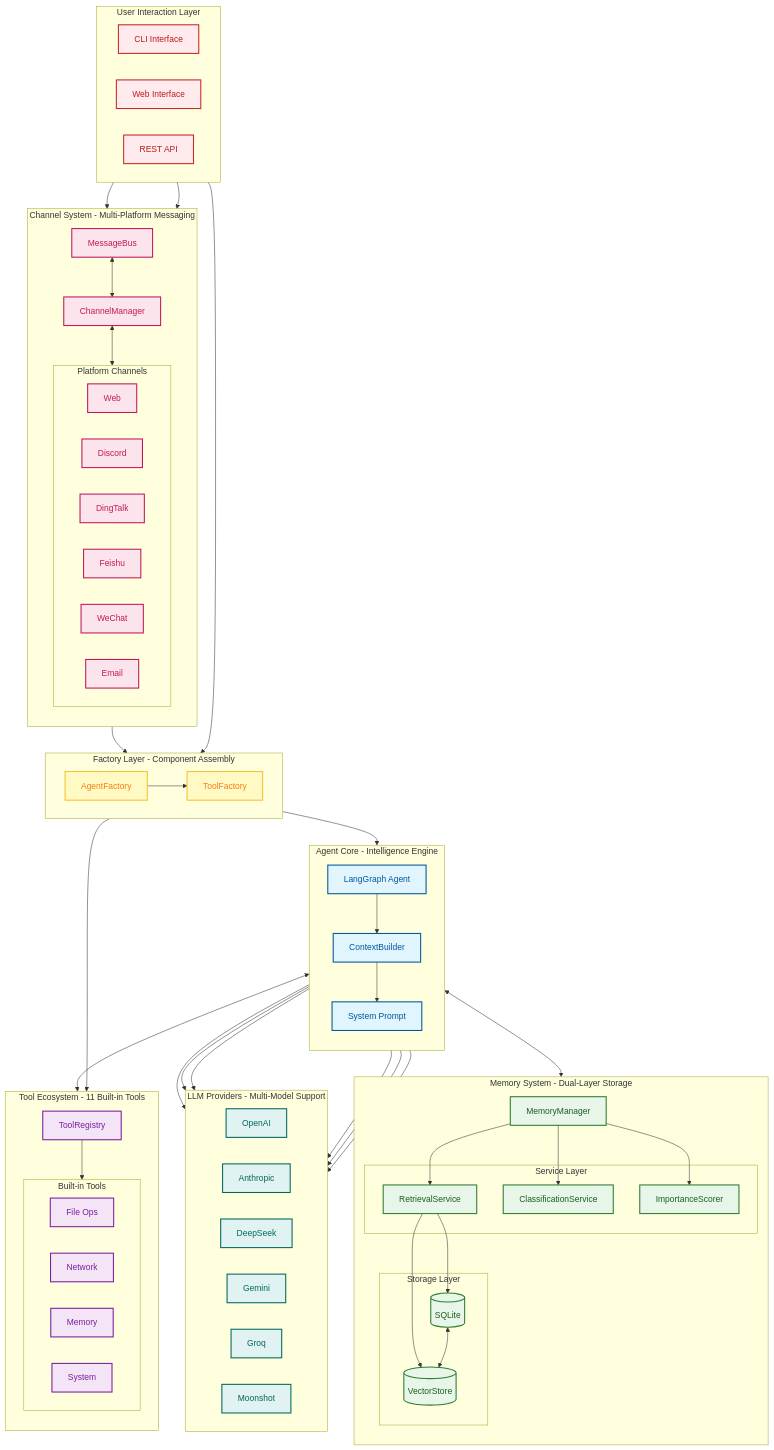
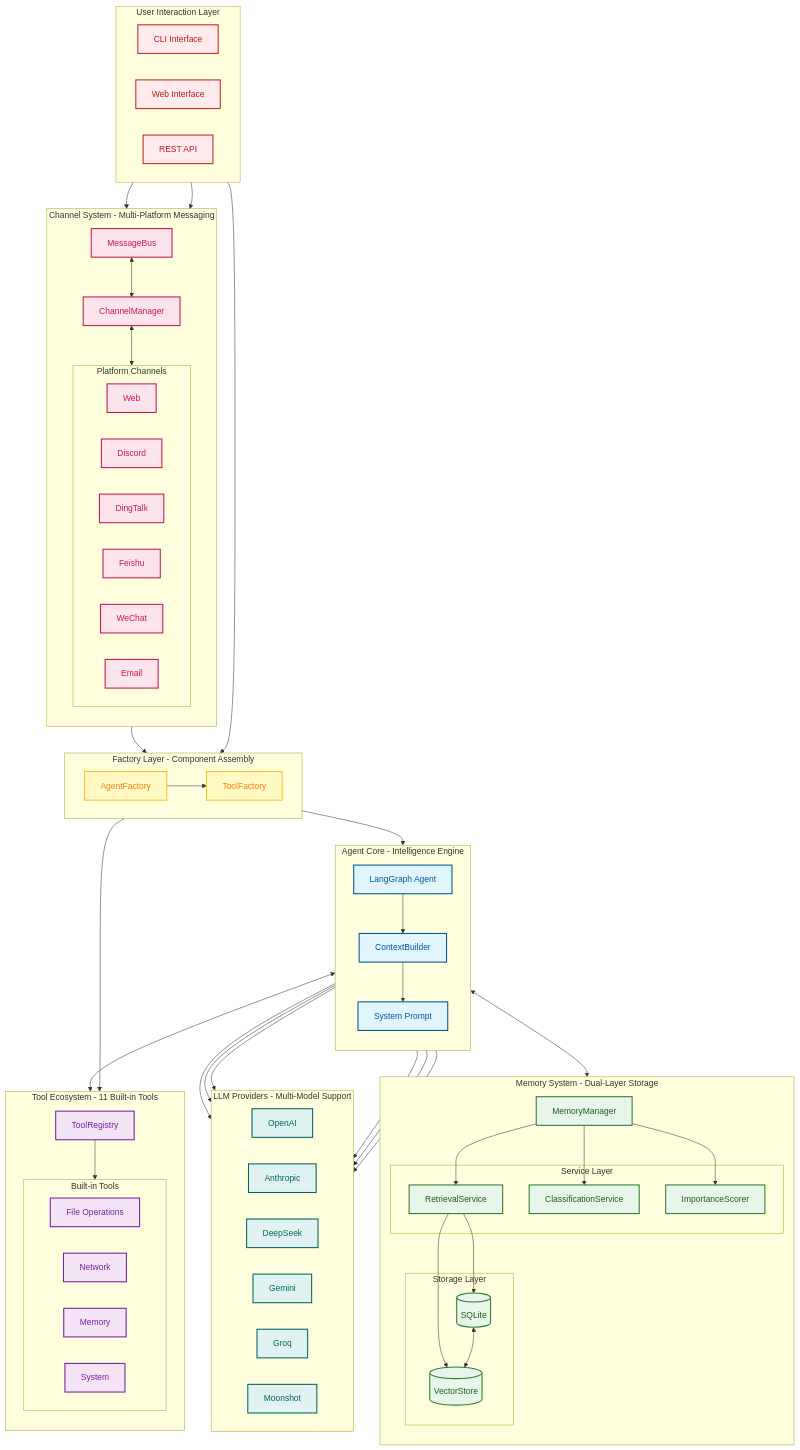
The second of 6 diagrams in docs/en-US/blog/finchbot-flexible-ai-agent-framework.md (xt765/FinchBot), drawn with Mermaid before and after one commit. The commit also changed other lines of this file and 1 other file, not shown here.

````diff
--- a/docs/en-US/blog/finchbot-flexible-ai-agent-framework.md
+++ b/docs/en-US/blog/finchbot-flexible-ai-agent-framework.md
@@ -149,6 +152,5 @@
 ```mermaid
 graph TD
-    %% Style Definitions
     classDef userLayer fill:#ffebee,stroke:#c62828,stroke-width:2px,color:#b71c1c;
     classDef factoryLayer fill:#fff9c4,stroke:#fbc02d,stroke-width:2px,color:#f57f17;
     classDef coreLayer fill:#e1f5fe,stroke:#01579b,stroke-width:2px,color:#01579b;
@@ -157,23 +159,21 @@
     classDef channelLayer fill:#fce4ec,stroke:#c2185b,stroke-width:2px,color:#c2185b;
     classDef infraLayer fill:#e0f2f1,stroke:#00695c,stroke-width:2px,color:#00695c;
 
-    %% User Interaction Layer
     subgraph UserLayer [User Interaction Layer]
         direction LR
-        CLI[ CLI Interface]
-        WebUI[ Web Interface]
-        API[ REST API]
+        CLI[CLI Interface]
+        WebUI[Web Interface]
+        API[REST API]
     end
     class CLI,WebUI,API userLayer
 
-    %% Channel System
     subgraph ChannelSystem [Channel System - Multi-Platform Messaging]
         direction TB
-        Bus[ MessageBus]
-        CM[ ChannelManager]
-        
+        Bus[MessageBus]
+        CM[ChannelManager]
+
         Bus <--> CM
-        
+
         subgraph Channels [Platform Channels]
             WebCh[Web]
             DiscordCh[Discord]
@@ -182,71 +182,66 @@
             WeChatCh[WeChat]
             EmailCh[Email]
         end
-        
+
         CM <--> Channels
     end
     class Bus,CM channelLayer
     class WebCh,DiscordCh,DingTalkCh,FeishuCh,WeChatCh,EmailCh channelLayer
 
-    %% Factory Layer
     subgraph FactoryLayer [Factory Layer - Component Assembly]
         direction LR
-        AF[ AgentFactory]
-        TF[ ToolFactory]
+        AF[AgentFactory]
+        TF[ToolFactory]
     end
     class AF,TF factoryLayer
 
-    %% Agent Core
     subgraph AgentCore [Agent Core - Intelligence Engine]
         direction TB
-        Agent[ LangGraph Agent]
-        CB[ ContextBuilder]
-        SP[ System Prompt]
-        
+        Agent[LangGraph Agent]
+        CB[ContextBuilder]
+        SP[System Prompt]
+
         Agent --> CB
         CB --> SP
     end
     class Agent,CB,SP coreLayer
 
-    %% Memory System
     subgraph MemorySystem [Memory System - Dual-Layer Storage]
         direction TB
-        MM[ MemoryManager]
-        
+        MM[MemoryManager]
+
         subgraph Services [Service Layer]
-            RS[ RetrievalService]
-            CS[ ClassificationService]
-            IS[ ImportanceScorer]
+            RS[RetrievalService]
+            CS[ClassificationService]
+            IS[ImportanceScorer]
         end
-        
+
         subgraph Storage [Storage Layer]
-            SQLite[( SQLite)]
-            Vector[( VectorStore)]
+            SQLite[(SQLite)]
+            Vector[(VectorStore)]
         end
-        
+
         MM --> RS & CS & IS
         RS --> SQLite & Vector
         SQLite <--> Vector
     end
     class MM,RS,CS,IS,SQLite,Vector memoryLayer
 
-    %% Tool Ecosystem
     subgraph ToolEcosystem [Tool Ecosystem - 11 Built-in Tools]
         direction TB
-        TR[ ToolRegistry]
-        
+        TR[ToolRegistry]
+
         subgraph BuiltInTools [Built-in Tools]
-            FileTools[ File Ops]
-            WebTools[ Network]
-            MemTools[ Memory]
-            SysTools[ System]
+            FileTools[File Operations]
+            WebTools[Network]
+            MemTools[Memory]
+            SysTools[System]
         end
-        
+
         TR --> BuiltInTools
     end
     class TR,FileTools,WebTools,MemTools,SysTools toolLayer
 
-    %% LLM Providers
     subgraph LLMProviders [LLM Providers - Multi-Model Support]
         direction LR
         OpenAI[OpenAI]
@@ -258,15 +253,14 @@
     end
     class OpenAI,Anthropic,DeepSeek,Gemini,Groq,Moonshot infraLayer
 
-    %% Connections
     CLI & WebUI --> Bus
     API --> AF
-    
+
     Bus --> AF
     AF --> Agent
     AF --> TF
     TF --> TR
-    
+
     Agent <--> MM
     Agent <--> TR
     Agent --> OpenAI & Anthropic & DeepSeek & Gemini & Groq & Moonshot
````
